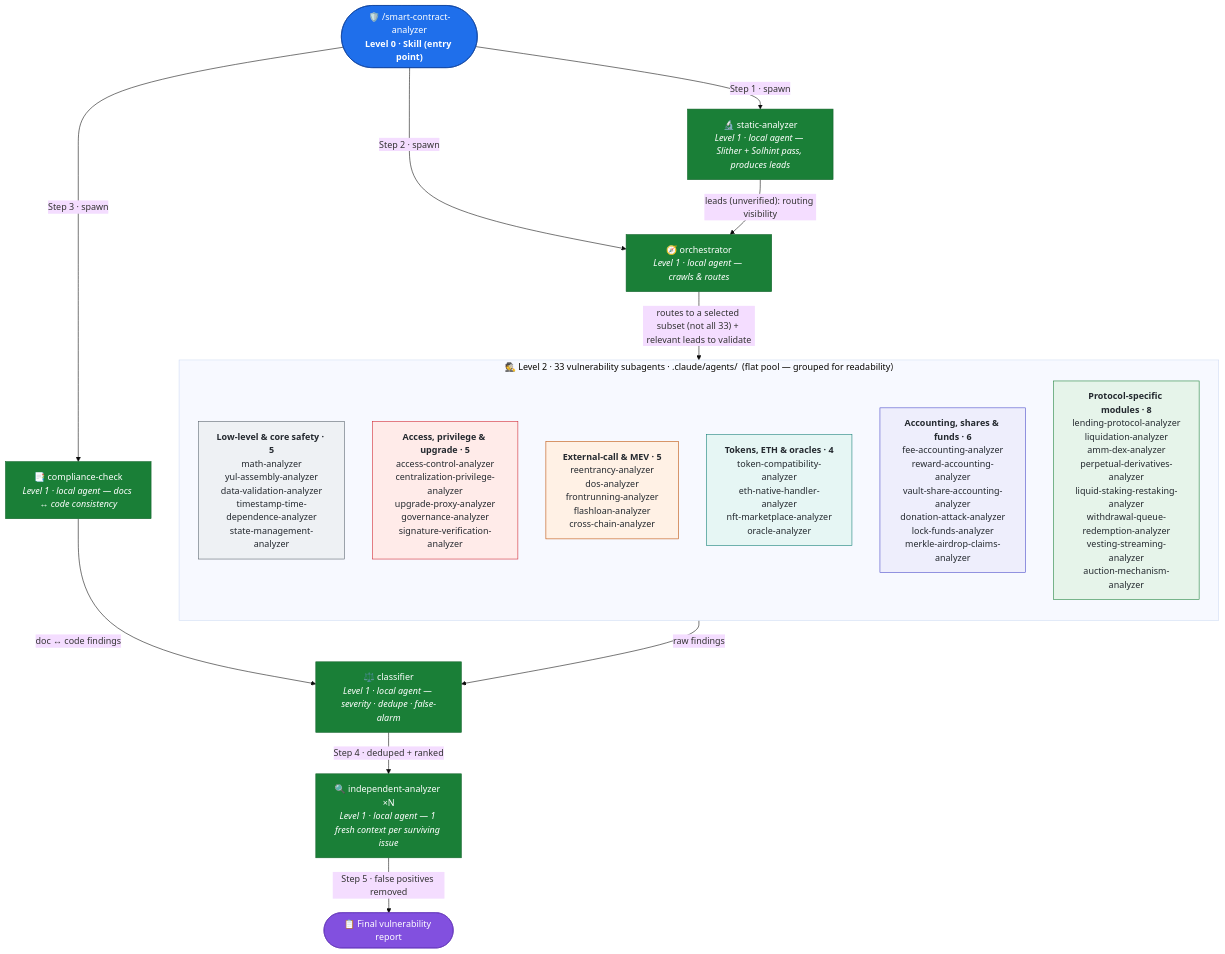
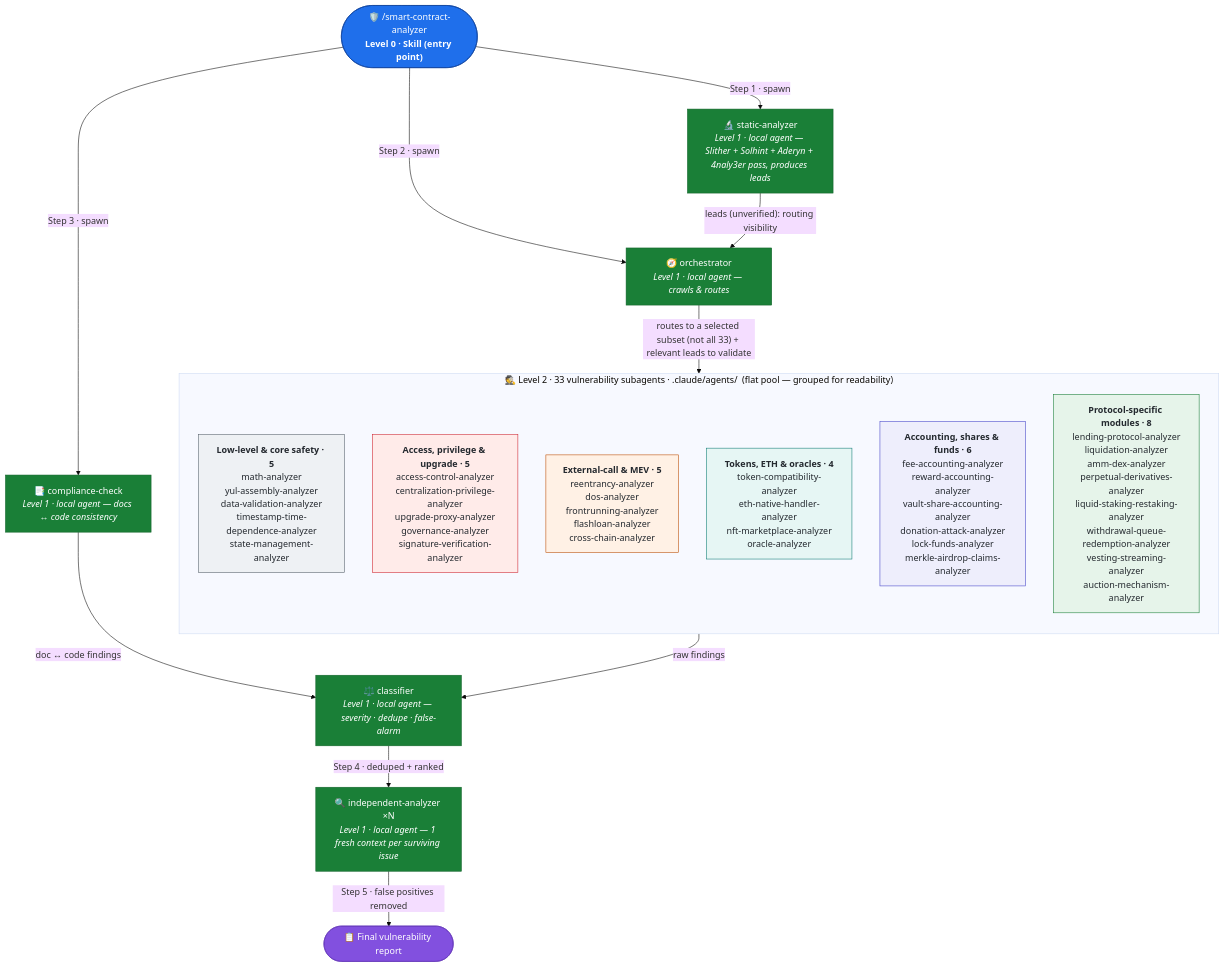
One commit to mnedelchev-vn/solidity-claude-setup changed the diagram in .claude/skills/smart-contract-analyzer/README.md. Above: the diagram before and after it, drawn with Mermaid (base theme). The commit also changed other lines of this file, not shown here.

Commit message:
docs(readme): document 4naly3er in static analysis architecture

````diff
--- a/.claude/skills/smart-contract-analyzer/README.md
+++ b/.claude/skills/smart-contract-analyzer/README.md
@@ -9,44 +9,44 @@
 ```mermaid
 flowchart TD
     SKILL(["🛡️ /smart-contract-analyzer<br/><b>Level 0 · Skill (entry point)</b>"])
-    STATIC["🔬 static-analyzer<br/><i>Level 1 · local agent — Slither + Solhint pass, produces leads</i>"]
+    STATIC["🔬 static-analyzer<br/><i>Level 1 · local agent — Slither + Solhint + Aderyn + 4naly3er pass, produces leads</i>"]
     ORCH["🧭 orchestrator<br/><i>Level 1 · local agent — crawls & routes</i>"]
     COMPL["📑 compliance-check<br/><i>Level 1 · local agent — docs ↔ code consistency</i>"]
     CLASS["⚖️ classifier<br/><i>Level 1 · local agent — severity · dedupe · false-alarm</i>"]
     INDEP["🔍 independent-analyzer ×N<br/><i>Level 1 · local agent — 1 fresh context per surviving issue</i>"]
     OUT(["📋 Final vulnerability report"])
 
     subgraph POOL["🕵️ Level 2 · 33 vulnerability subagents · .claude/agents/ &nbsp;(flat pool — grouped for readability)"]
       direction TB
       G1["<b>Low-level &amp; core safety · 5</b><br/>math-analyzer<br/>yul-assembly-analyzer<br/>data-validation-analyzer<br/>timestamp-time-dependence-analyzer<br/>state-management-analyzer"]
       G2["<b>Access, privilege &amp; upgrade · 5</b><br/>access-control-analyzer<br/>centralization-privilege-analyzer<br/>upgrade-proxy-analyzer<br/>governance-analyzer<br/>signature-verification-analyzer"]
       G3["<b>External-call &amp; MEV · 5</b><br/>reentrancy-analyzer<br/>dos-analyzer<br/>frontrunning-analyzer<br/>flashloan-analyzer<br/>cross-chain-analyzer"]
       G4["<b>Tokens, ETH &amp; oracles · 4</b><br/>token-compatibility-analyzer<br/>eth-native-handler-analyzer<br/>nft-marketplace-analyzer<br/>oracle-analyzer"]
       G5["<b>Accounting, shares &amp; funds · 6</b><br/>fee-accounting-analyzer<br/>reward-accounting-analyzer<br/>vault-share-accounting-analyzer<br/>donation-attack-analyzer<br/>lock-funds-analyzer<br/>merkle-airdrop-claims-analyzer"]
       G6["<b>Protocol-specific modules · 8</b><br/>lending-protocol-analyzer<br/>liquidation-analyzer<br/>amm-dex-analyzer<br/>perpetual-derivatives-analyzer<br/>liquid-staking-restaking-analyzer<br/>withdrawal-queue-redemption-analyzer<br/>vesting-streaming-analyzer<br/>auction-mechanism-analyzer"]
     end
 
     SKILL -- "Step 1 · spawn" --> STATIC
     SKILL -- "Step 2 · spawn" --> ORCH
     SKILL -- "Step 3 · spawn" --> COMPL
     STATIC -- "leads (unverified): routing visibility" --> ORCH
     ORCH -- "routes to a selected subset (not all 33) + relevant leads to validate" --> POOL
     POOL -- "raw findings" --> CLASS
     COMPL -- "doc ↔ code findings" --> CLASS
     CLASS -- "Step 4 · deduped + ranked" --> INDEP
     INDEP -- "Step 5 · false positives removed" --> OUT
 
     classDef skill fill:#1f6feb,stroke:#0d419d,color:#fff;
     classDef local fill:#1a7f37,stroke:#116329,color:#fff;
     classDef out fill:#8250df,stroke:#6639ba,color:#fff;
     classDef g1 fill:#eef1f4,stroke:#57606a,color:#24292f;
     classDef g2 fill:#ffebe9,stroke:#cf222e,color:#24292f;
     classDef g3 fill:#fff1e5,stroke:#bc4c00,color:#24292f;
     classDef g4 fill:#e6f6f4,stroke:#0f7c74,color:#24292f;
     classDef g5 fill:#eeeefc,stroke:#4646c9,color:#24292f;
     classDef g6 fill:#e6f4ea,stroke:#1a7f37,color:#24292f;
     class SKILL skill;
     class STATIC,ORCH,COMPL,CLASS,INDEP local;
     class OUT out;
     class G1 g1; class G2 g2; class G3 g3; class G4 g4; class G5 g5; class G6 g6;
 ```
````
